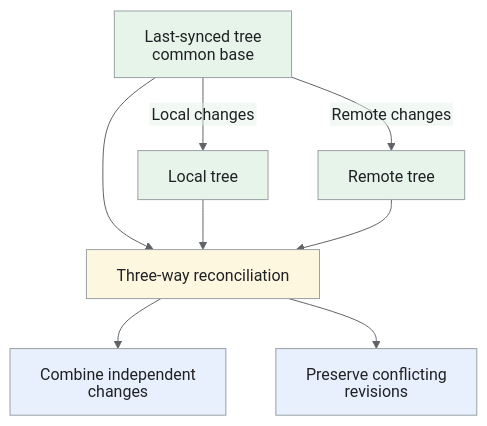
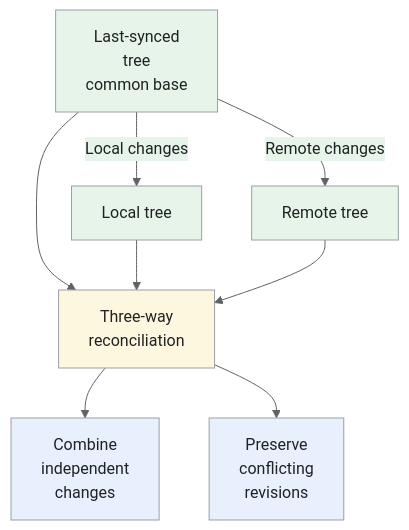
The fifth of 5 diagrams in _designs/system-design-dropbox.md (iliazlobin/iliazlobin.github.io), drawn with Mermaid before and after one commit. The commit also changed other lines of this file and 116 other files, not shown here.

````diff
--- a/_designs/system-design-dropbox.md
+++ b/_designs/system-design-dropbox.md
@@ -274,18 +299,18 @@
 ```mermaid
-%%{init: {'theme':'base','htmlLabels':false,'flowchart':{'htmlLabels':false},'themeVariables':{'fontFamily':'Arial, sans-serif','primaryColor':'#e8f0fe','primaryTextColor':'#202124','primaryBorderColor':'#9aa0a6','lineColor':'#5f6368','secondaryColor':'#e6f4ea','tertiaryColor':'#fef7e0','actorBkg':'#e8f0fe','actorBorder':'#9aa0a6','actorTextColor':'#202124','noteBkgColor':'#fef7e0','noteTextColor':'#202124','noteBorderColor':'#9aa0a6','signalColor':'#5f6368','signalTextColor':'#202124','labelBoxBkgColor':'#fef7e0','labelBoxBorderColor':'#9aa0a6'}}}%%
+%%{init: {"theme":"base","themeVariables":{"primaryColor":"#e8f0fe","primaryTextColor":"#202124","primaryBorderColor":"#9aa0a6","lineColor":"#5f6368","secondaryColor":"#e6f4ea","tertiaryColor":"#fef7e0","actorBkg":"#e8f0fe","actorBorder":"#9aa0a6","actorTextColor":"#202124","noteBkgColor":"#fef7e0","noteTextColor":"#202124","noteBorderColor":"#9aa0a6","signalColor":"#5f6368","signalTextColor":"#202124","labelBoxBkgColor":"#fef7e0","labelBoxBorderColor":"#9aa0a6"}}}%%
 flowchart TB
-  B["Last-synced tree<br>common base"] -->|"Local changes"| L["Local tree"]
+  B["Last-synced<br>tree<br>common base"] -->|"Local changes"| L["Local tree"]
   B -->|"Remote changes"| R["Remote tree"]
-  B --> M["Three-way reconciliation"]
+  B --> M["Three-way<br>reconciliation"]
   L --> M
   R --> M
-  M --> I["Combine independent changes"]
-  M --> C["Preserve conflicting revisions"]
+  M --> I["Combine<br>independent<br>changes"]
+  M --> C["Preserve<br>conflicting<br>revisions"]
   class B,L,R data
   class M control
   class I,C request
 classDef request fill:#e8f0fe,stroke:#9aa0a6,color:#202124;
 classDef data fill:#e6f4ea,stroke:#9aa0a6,color:#202124;
 classDef control fill:#fef7e0,stroke:#9aa0a6,color:#202124;
 classDef danger fill:#fce8e6,stroke:#9aa0a6,color:#202124;
 ```
````
